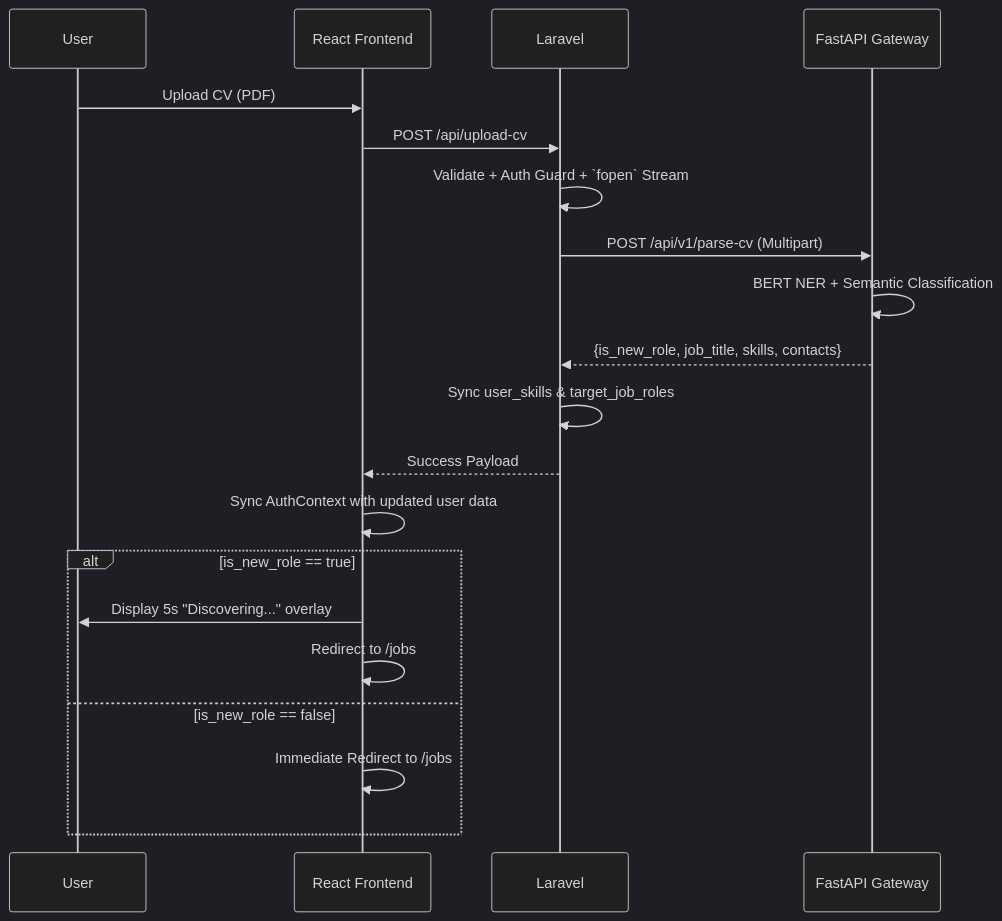
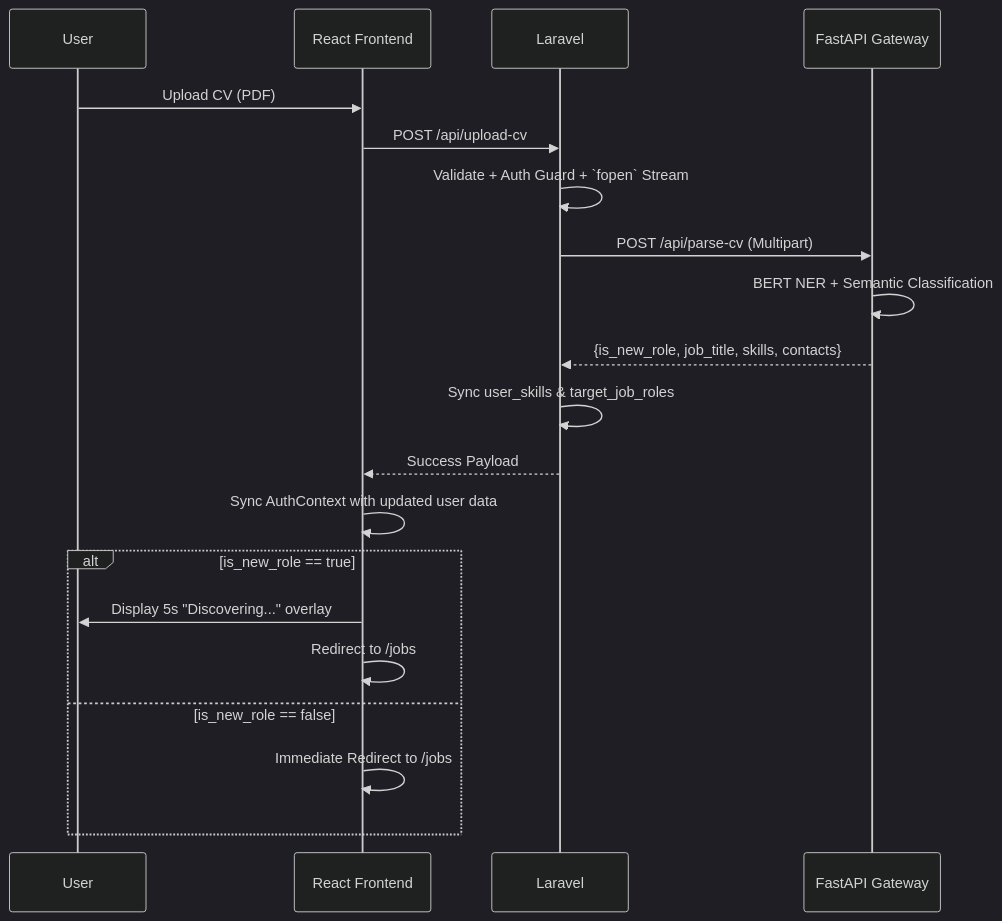
One commit to YousefAlTohamy/CareerCompass changed the third of 7 diagrams in README.md. Above: the diagram before and after it, drawn with Mermaid (dark theme). The commit also changed other lines of this file and 7 other files, not shown here.

````diff
--- a/README.md
+++ b/README.md
@@ -718,23 +850,23 @@
 ```mermaid
 sequenceDiagram
     participant User
     participant React Frontend
     participant Laravel
     participant FastAPI Gateway
 
     User->>React Frontend: Upload CV (PDF)
     React Frontend->>Laravel: POST /api/upload-cv
     Laravel->>Laravel: Validate + Auth Guard + `fopen` Stream
-    Laravel->>FastAPI Gateway: POST /api/v1/parse-cv (Multipart)
+    Laravel->>FastAPI Gateway: POST /api/parse-cv (Multipart)
     FastAPI Gateway->>FastAPI Gateway: BERT NER + Semantic Classification
     FastAPI Gateway-->>Laravel: {is_new_role, job_title, skills, contacts}
     Laravel->>Laravel: Sync user_skills & target_job_roles
     Laravel-->>React Frontend: Success Payload
     React Frontend->>React Frontend: Sync AuthContext with updated user data
     alt is_new_role == true
         React Frontend->>User: Display 5s "Discovering..." overlay
         React Frontend->>React Frontend: Redirect to /jobs
     else is_new_role == false
         React Frontend->>React Frontend: Immediate Redirect to /jobs
     end
 ```
````
